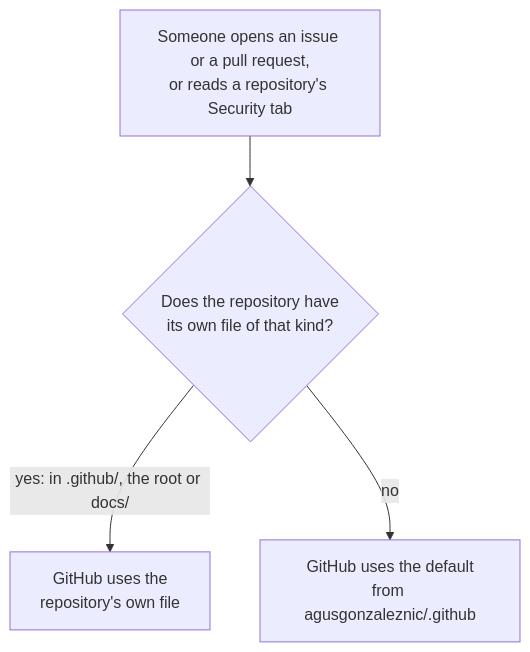
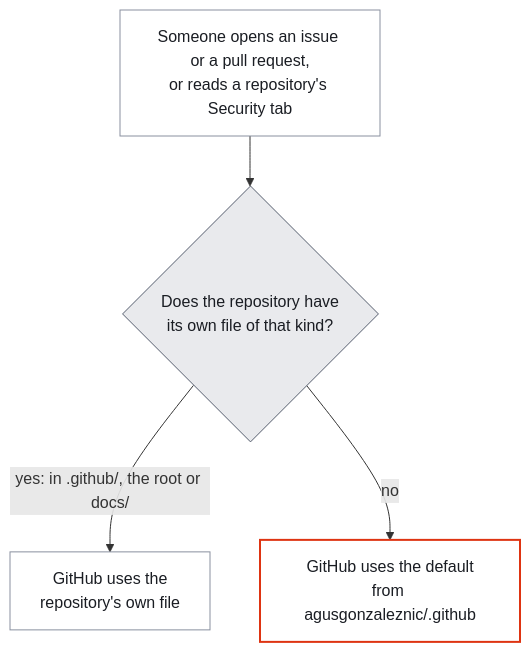
Before and after one commit to agusgonzaleznic/.github: the first of 2 diagrams in README.md, drawn with Mermaid. The commit also changed other lines of this file and 1 other file, not shown here.

````diff
--- a/README.md
+++ b/README.md
@@ -56,6 +56,11 @@
 ```mermaid
 flowchart TD
   A["Someone opens an issue or a pull request,<br/>or reads a repository's Security tab"] --> B{"Does the repository have<br/>its own file of that kind?"}
   B -->|"yes: in .github/, the root or docs/"| C["GitHub uses the<br/>repository's own file"]
   B -->|no| D["GitHub uses the default<br/>from agusgonzaleznic/.github"]
+  classDef default fill:#FFFFFF,stroke:#89909F,color:#1A1D23
+  classDef decide fill:#E9EAED,stroke:#555D6D,color:#1A1D23
+  classDef outcome fill:#FFFFFF,stroke:#DE3412,stroke-width:2px,color:#1A1D23
+  class B decide
+  class D outcome
 ```
````
